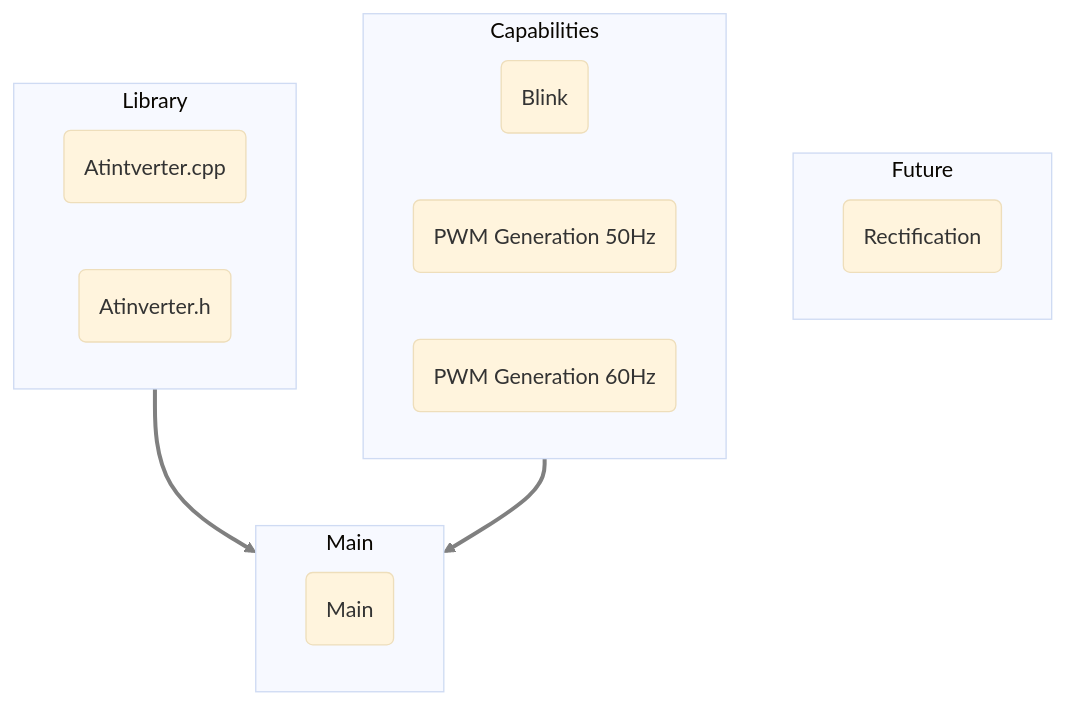
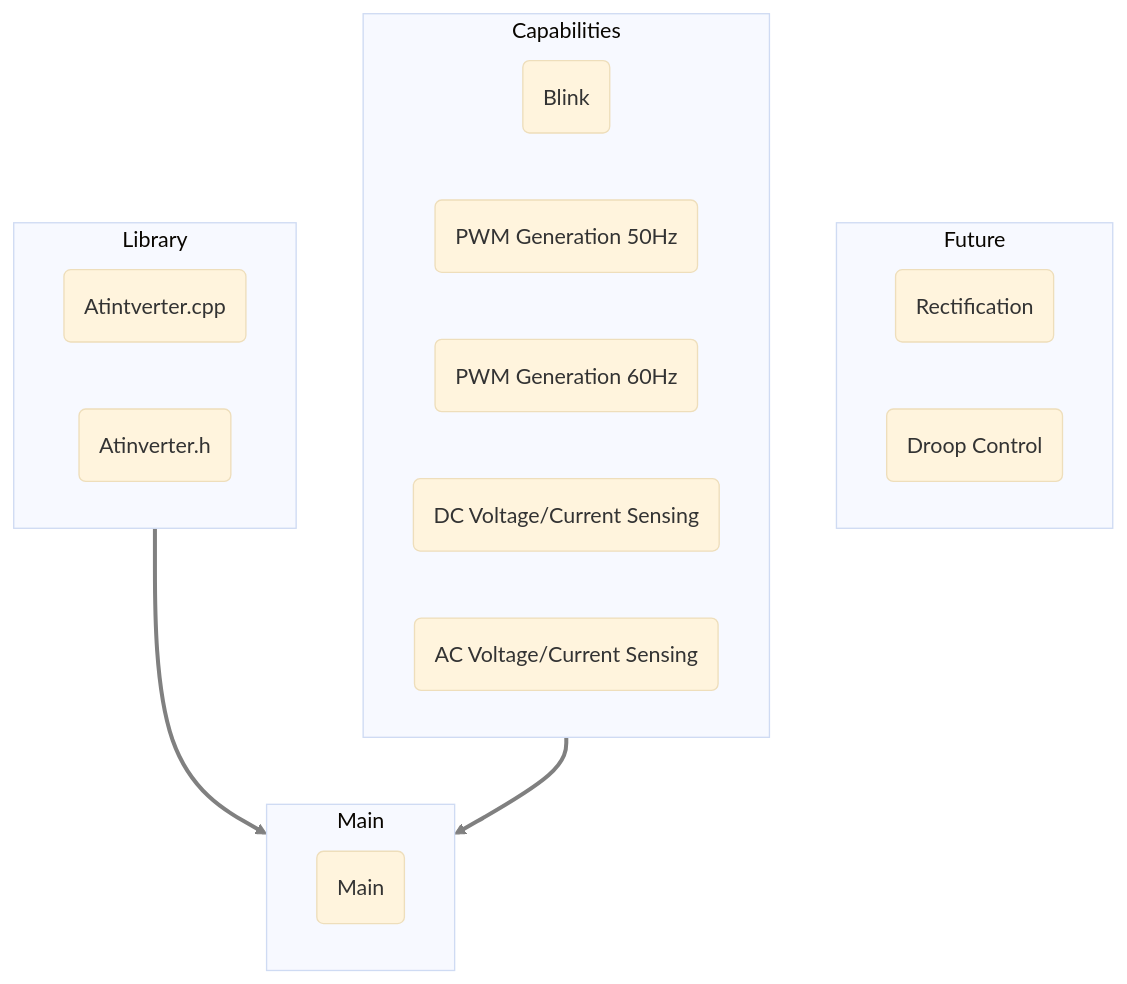
The diagram in docs/software/software.md (bcarrillo1051/Atinverter), drawn with Mermaid before and after one commit. The commit also changed 54 other files, not shown here.

Commit message:
Added dedicated section for hardware description and high level diagrams

````diff
--- a/docs/software/software.md
+++ b/docs/software/software.md
@@ -14,42 +14,45 @@
 ```mermaid
    
    %%{init: {'theme':'base'}}%%
    flowchart TB
 
     subgraph Future
        G(Rectification)
+       H(Droop Control)
         
     end
 
     subgraph Capabilities
        D(Blink)
        E(PWM Generation 50Hz)
        F(PWM Generation 60Hz)
+       I(DC Voltage/Current Sensing)
+       J(AC Voltage/Current Sensing)
 
     end
 
     subgraph Main
         C(Main)
     end
 
     subgraph Library
        A(Atintverter.cpp) 
        B(Atinverter.h)
     end
 
 
     Library-->Main
     Capabilities-->Main
 
     %% Change color of arrow heads
     %%{init: {'themeVariables': {'lineColor': 'grey'}}}%%
 
     %% Apply color to the arrows
     %% 0: 1st arrow (Library --> Main) 1: 2nd arrow (Capabilities --> Main)
     linkStyle 0 stroke:grey, stroke-width:3px;
     linkStyle 1 stroke:grey, stroke-width:3px;
 
     %% Adding clickable links, Syntax: Destination ref, hover label
     click E "PWM_control" "PWM Generation"
     click F "PWM_control" "PWM Generation"
 ```
````
